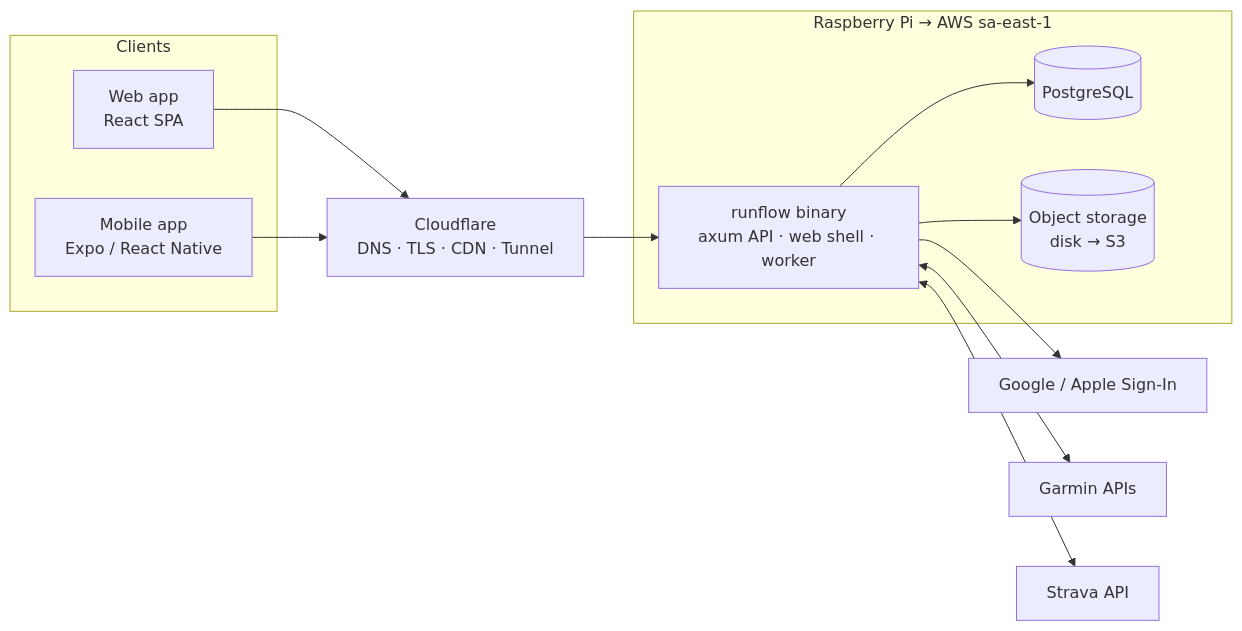
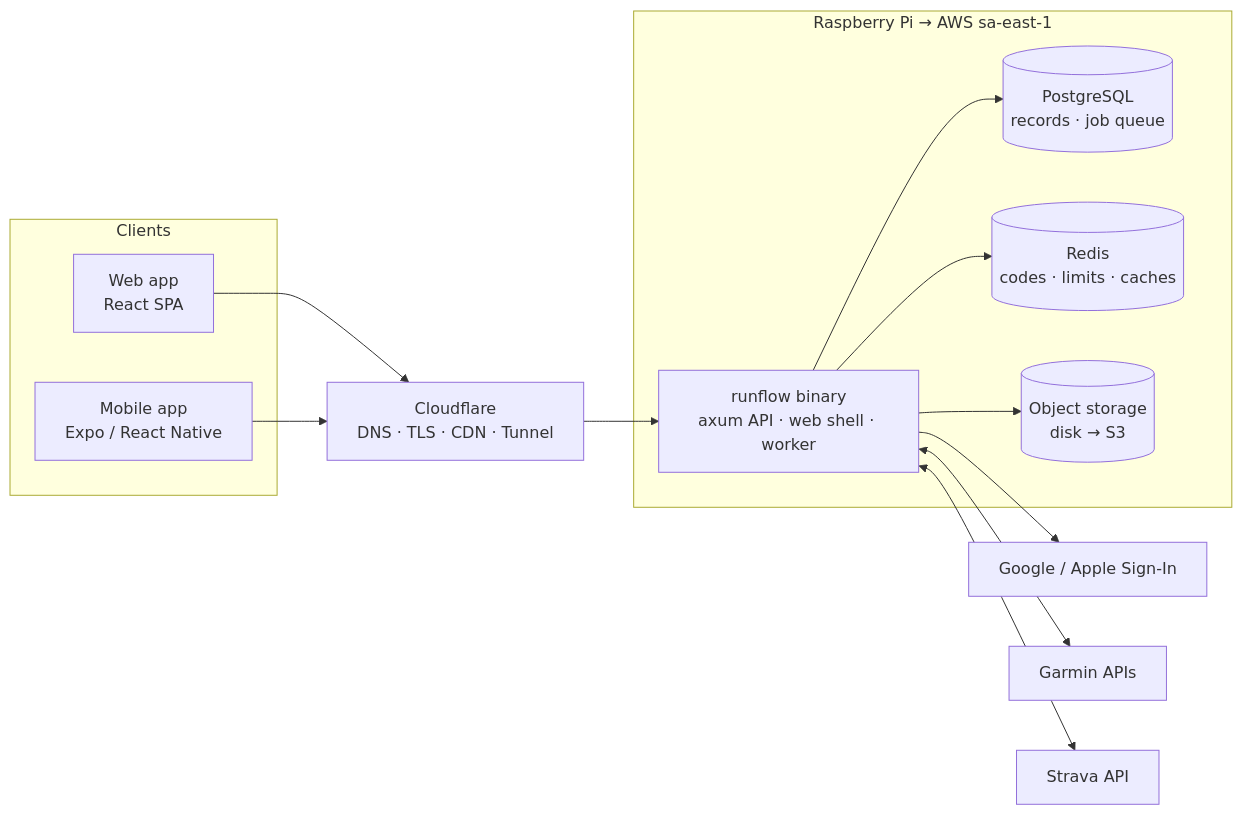
Before and after one commit to otaviojacobi/runflow-future: the diagram in root.md, drawn with Mermaid. The commit also changed other lines of this file and 3 other files, not shown here.

````diff
--- a/root.md
+++ b/root.md
@@ -277,24 +277,26 @@
 ```mermaid
 flowchart LR
   subgraph clients[Clients]
     W["Web app<br/>React SPA"]
     M["Mobile app<br/>Expo / React Native"]
   end
   CF["Cloudflare<br/>DNS · TLS · CDN · Tunnel"]
   subgraph host["Raspberry Pi → AWS sa-east-1"]
     API["runflow binary<br/>axum API · web shell · worker"]
-    PG[("PostgreSQL")]
+    PG[("PostgreSQL<br/>records · job queue")]
+    KV[("Redis<br/>codes · limits · caches")]
     OBJ[("Object storage<br/>disk → S3")]
   end
   ID["Google / Apple Sign-In"]
   G["Garmin APIs"]
   S["Strava API"]
   W --> CF
   M --> CF
   CF --> API
   API --> PG
+  API --> KV
   API --> OBJ
   API --> ID
   API <--> G
   API <--> S
 ```
````
